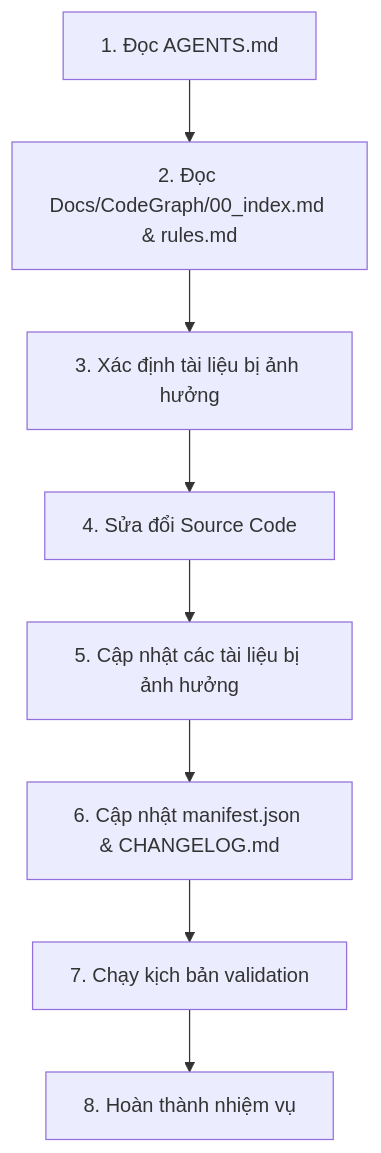
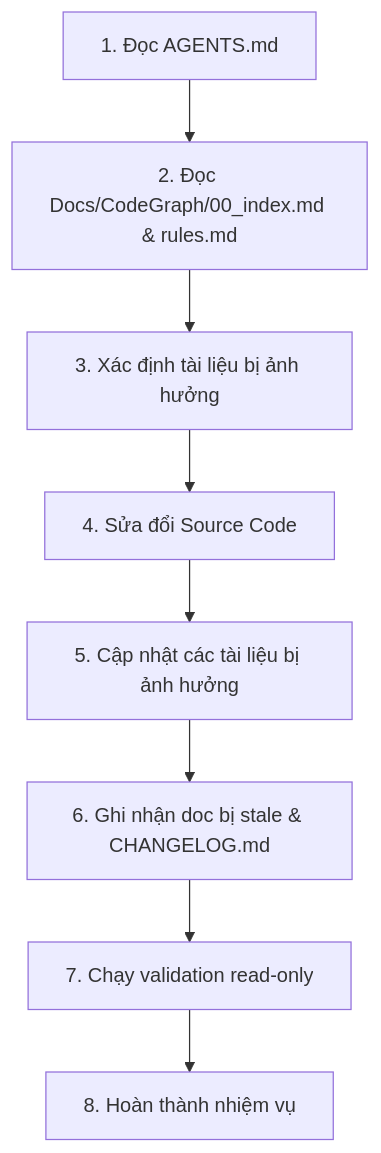
One commit to buudvh/FreeBook changed the diagram in .agents/AGENTS.md. Above: the diagram before and after it, drawn with Mermaid. The commit also changed other lines of this file and 8 other files, not shown here.

````diff
--- a/.agents/AGENTS.md
+++ b/.agents/AGENTS.md
@@ -21,10 +21,10 @@
 ```mermaid
 graph TD
     1[1. Đọc AGENTS.md] --> 2[2. Đọc Docs/CodeGraph/00_index.md & rules.md]
     2 --> 3[3. Xác định tài liệu bị ảnh hưởng]
     3 --> 4[4. Sửa đổi Source Code]
     4 --> 5[5. Cập nhật các tài liệu bị ảnh hưởng]
-    5 --> 6[6. Cập nhật manifest.json & CHANGELOG.md]
-    6 --> 7[7. Chạy kịch bản validation]
+    5 --> 6[6. Ghi nhận doc bị stale & CHANGELOG.md]
+    6 --> 7[7. Chạy validation read-only]
     7 --> 8[8. Hoàn thành nhiệm vụ]
 ```
````
